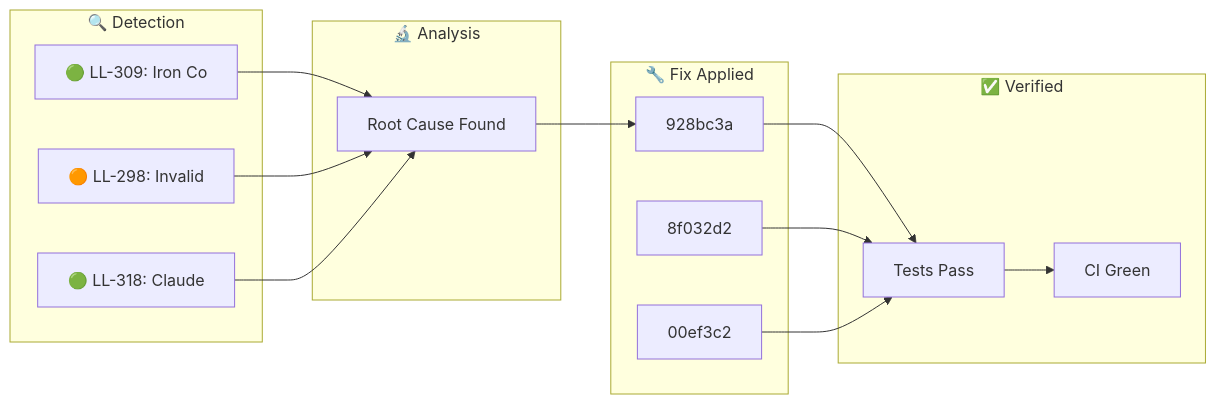
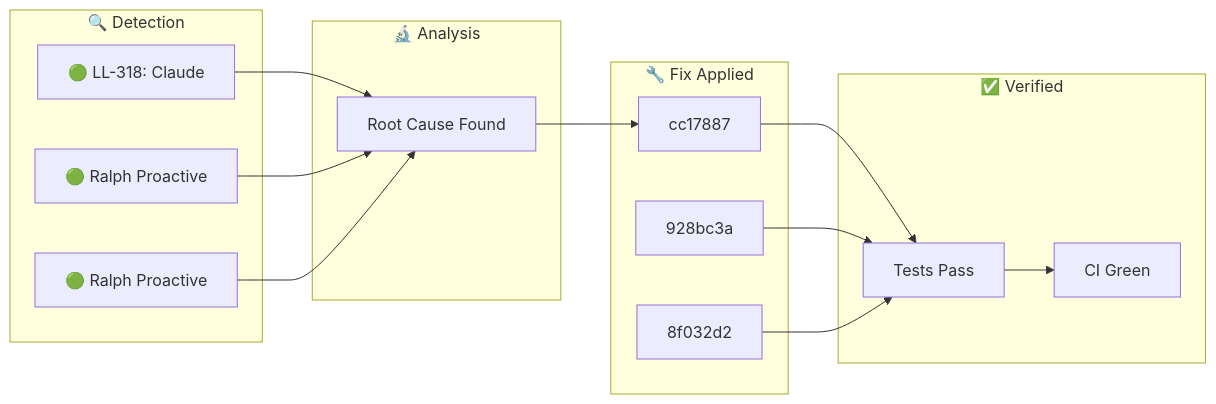
One commit to YoByron/trading changed the diagram in docs/_posts/2026-01-31-ralph-discovery.md. Above: the diagram before and after it, drawn with Mermaid. The commit also changed other lines of this file, not shown here.

Commit message:
docs(ralph): Auto-publish discovery blog post

````diff
--- a/docs/_posts/2026-01-31-ralph-discovery.md
+++ b/docs/_posts/2026-01-31-ralph-discovery.md
@@ -17,28 +17,28 @@
 ```mermaid
 flowchart LR
     subgraph Detection["🔍 Detection"]
-        D1["🟢 LL-309: Iron Co"]
-        D2["🟠 LL-298: Invalid"]
-        D3["🟢 LL-318: Claude "]
+        D1["🟢 LL-318: Claude "]
+        D2["🟢 Ralph Proactive"]
+        D3["🟢 Ralph Proactive"]
     end
     subgraph Analysis["🔬 Analysis"]
         A1["Root Cause Found"]
     end
     subgraph Fix["🔧 Fix Applied"]
-        F1["928bc3a"]
-        F2["8f032d2"]
-        F3["00ef3c2"]
+        F1["cc17887"]
+        F2["928bc3a"]
+        F3["8f032d2"]
     end
     subgraph Verify["✅ Verified"]
         V1["Tests Pass"]
         V2["CI Green"]
     end
     D1 --> A1
     D2 --> A1
     D3 --> A1
     A1 --> F1
     F1 --> V1
     F2 --> V1
     F3 --> V1
     V1 --> V2
 ```
````
